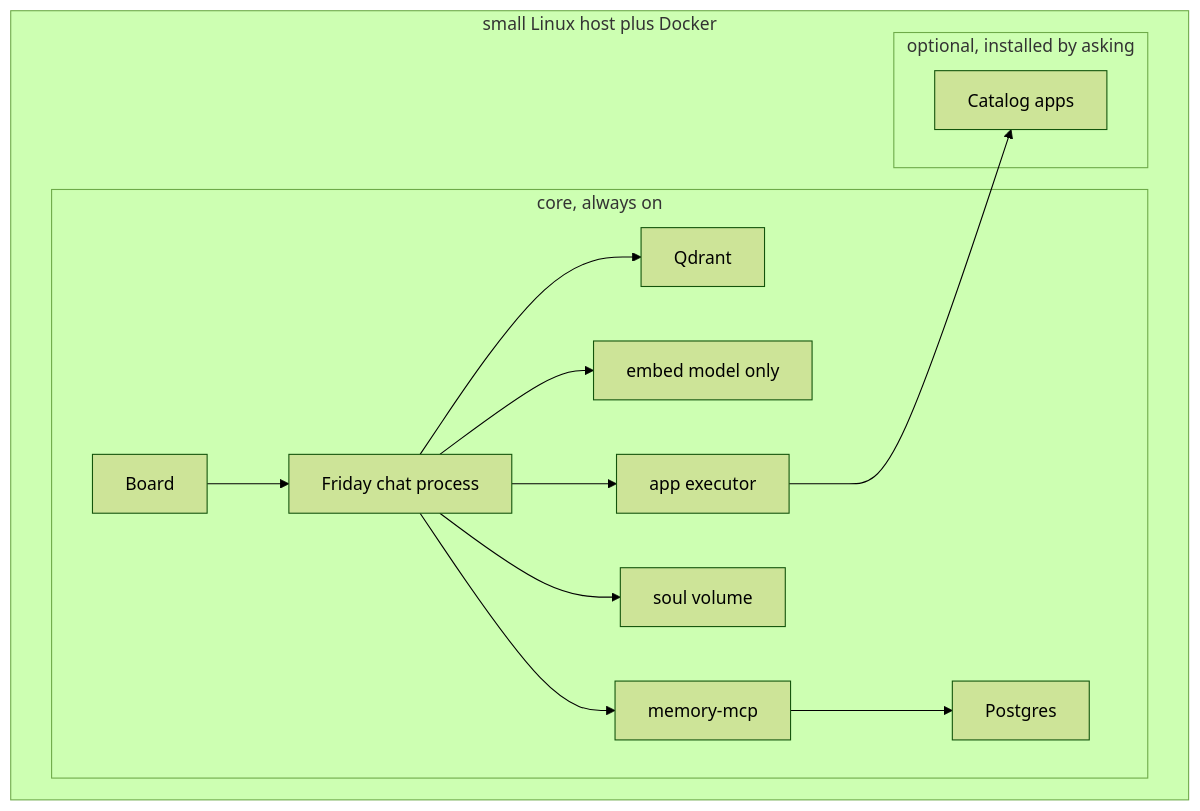
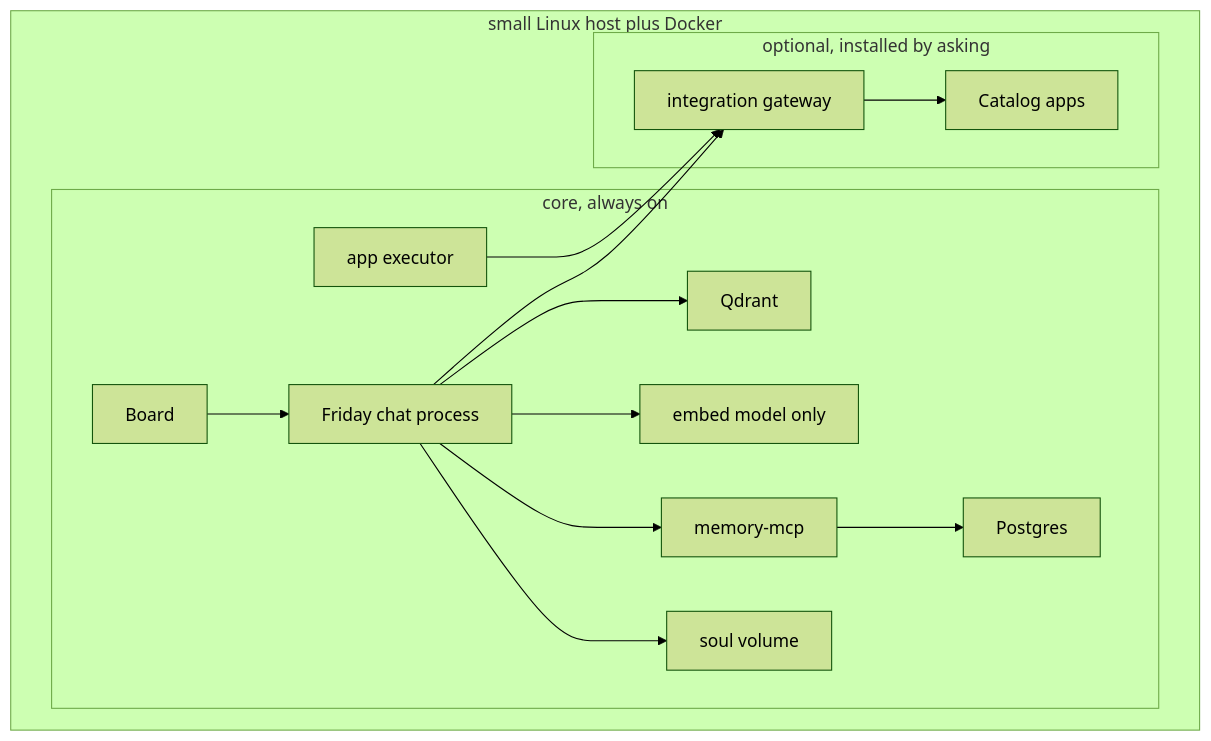
One commit to asikmydeen/friday-os-stack changed the diagram in docs/architecture.md. Above: the diagram before and after it, drawn with Mermaid (forest theme). The commit also changed other lines of this file and 7 other files, not shown here.

````diff
--- a/docs/architecture.md
+++ b/docs/architecture.md
@@ -12,26 +12,28 @@
 ```mermaid
 flowchart TB
   subgraph host [small Linux host plus Docker]
     subgraph core [core, always on]
       Friday[Friday chat process]
       Board[Board]
       Qdrant[Qdrant]
       Embed[embed model only]
       Memory[memory-mcp]
       Pg[Postgres]
       Soul[soul volume]
       Exec[app executor]
     end
     subgraph optional [optional, installed by asking]
+      Gateway[integration gateway]
       Apps[Catalog apps]
     end
   end
   Friday --> Qdrant
   Friday --> Embed
   Friday --> Memory
   Memory --> Pg
   Friday --> Soul
   Board --> Friday
-  Friday --> Exec
-  Exec --> Apps
+  Exec --> Gateway
+  Friday --> Gateway
+  Gateway --> Apps
 ```
````
